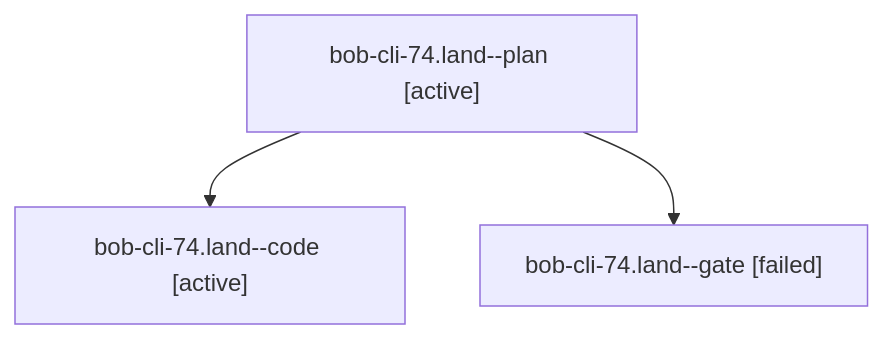
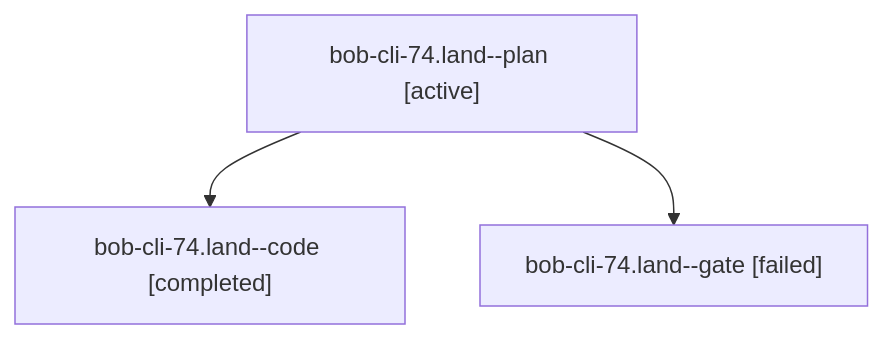
Before and after one commit to bobs-org/bob-cli--agents: the diagram in sessions/bbugyi200.apollo.bob-cli-74.land.md, drawn with Mermaid. The commit also changed other lines of this file and 89 other files, not shown here.

````diff
--- a/sessions/bbugyi200.apollo.bob-cli-74.land.md
+++ b/sessions/bbugyi200.apollo.bob-cli-74.land.md
@@ -9,8 +9,8 @@
 ```mermaid
 flowchart TD
   n0["bob-cli-74.land--plan [active]"]
-  n1["bob-cli-74.land--code [active]"]
+  n1["bob-cli-74.land--code [completed]"]
   n0 --> n1
   n2["bob-cli-74.land--gate [failed]"]
   n0 --> n2
 ```
````
